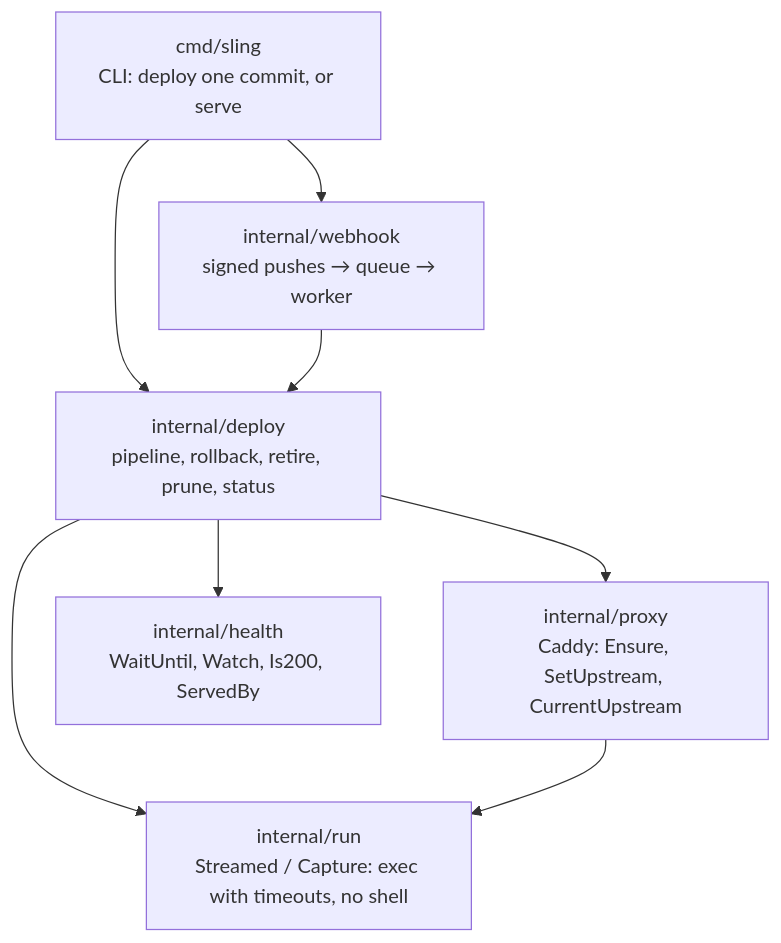
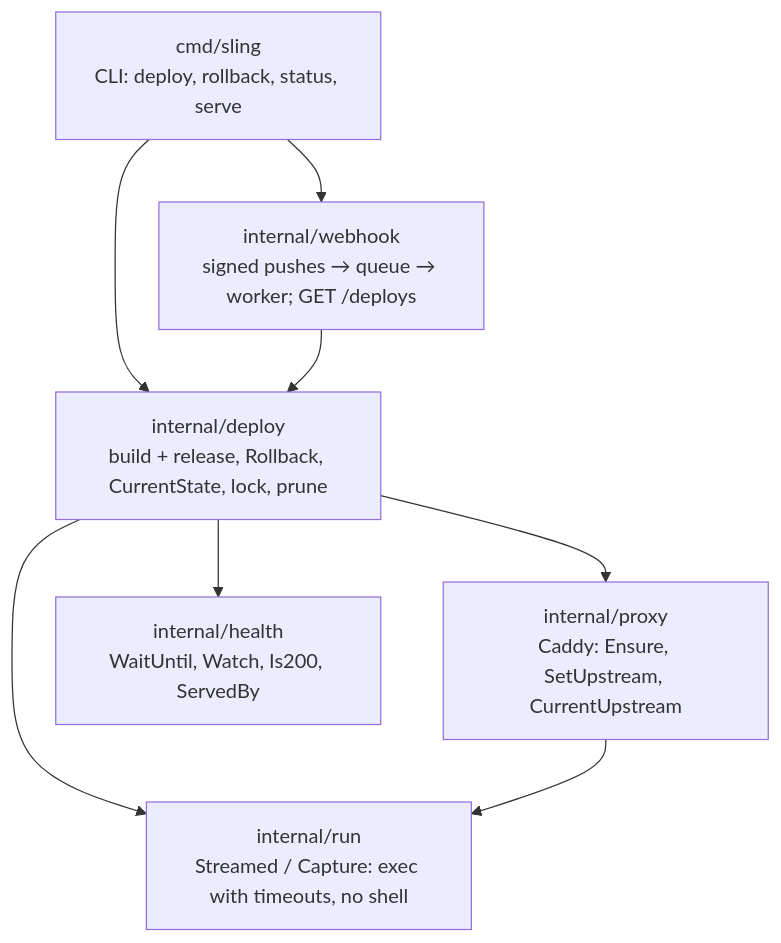
The fifth of 5 diagrams in README.md (mildlybrutal/sling-orchestrator), drawn with Mermaid before and after one commit. The commit also changed other lines of this file and 12 other files, not shown here.

Commit message:
Add sling status, sling rollback, and GET /deploys

````diff
--- a/README.md
+++ b/README.md
@@ -227,17 +227,17 @@
 ```mermaid
 flowchart TD
-    cmd["cmd/sling<br/>CLI: deploy one commit, or serve"]
-    webhook["internal/webhook<br/>signed pushes → queue → worker"]
-    deploy["internal/deploy<br/>pipeline, rollback, retire, prune, status"]
+    cmd["cmd/sling<br/>CLI: deploy, rollback, status, serve"]
+    webhook["internal/webhook<br/>signed pushes → queue → worker; GET /deploys"]
+    deploy["internal/deploy<br/>build + release, Rollback, CurrentState, lock, prune"]
     proxy["internal/proxy<br/>Caddy: Ensure, SetUpstream, CurrentUpstream"]
     health["internal/health<br/>WaitUntil, Watch, Is200, ServedBy"]
     run["internal/run<br/>Streamed / Capture: exec with timeouts, no shell"]
 
     cmd --> webhook
     cmd --> deploy
     webhook --> deploy
     deploy --> proxy
     deploy --> health
     deploy --> run
     proxy --> run
 ```
````
